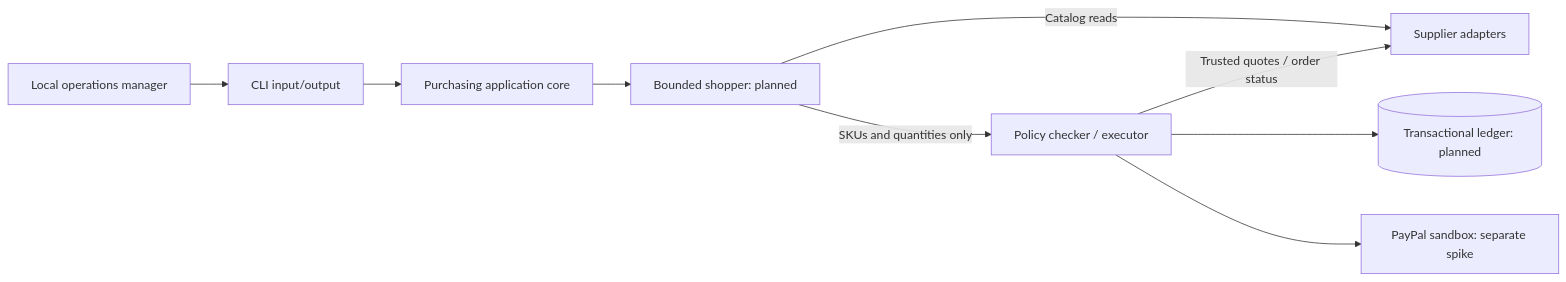
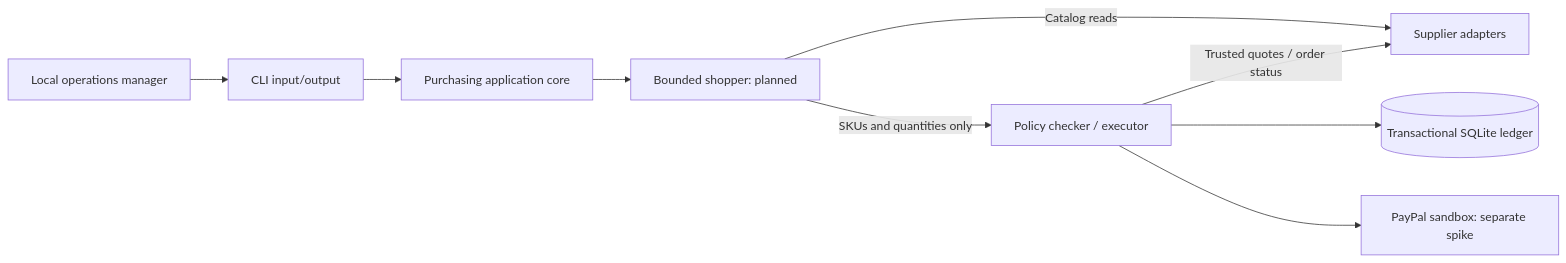
The first of 2 diagrams in docs/architecture.md (pranavpillaiNUS/Purse-Strings), drawn with Mermaid before and after one commit. The commit also changed other lines of this file and 8 other files, not shown here.

````diff
--- a/docs/architecture.md
+++ b/docs/architecture.md
@@ -5,11 +5,11 @@
 ```mermaid
 flowchart LR
   Human[Local operations manager] --> CLI[CLI input/output]
   CLI --> Core[Purchasing application core]
   Core --> Agent[Bounded shopper: planned]
   Agent -->|SKUs and quantities only| Checker[Policy checker / executor]
   Agent -->|Catalog reads| Suppliers[Supplier adapters]
   Checker -->|Trusted quotes / order status| Suppliers
-  Checker --> Ledger[(Transactional ledger: planned)]
+  Checker --> Ledger[(Transactional SQLite ledger)]
   Checker --> PayPal[PayPal sandbox: separate spike]
 ```
````
